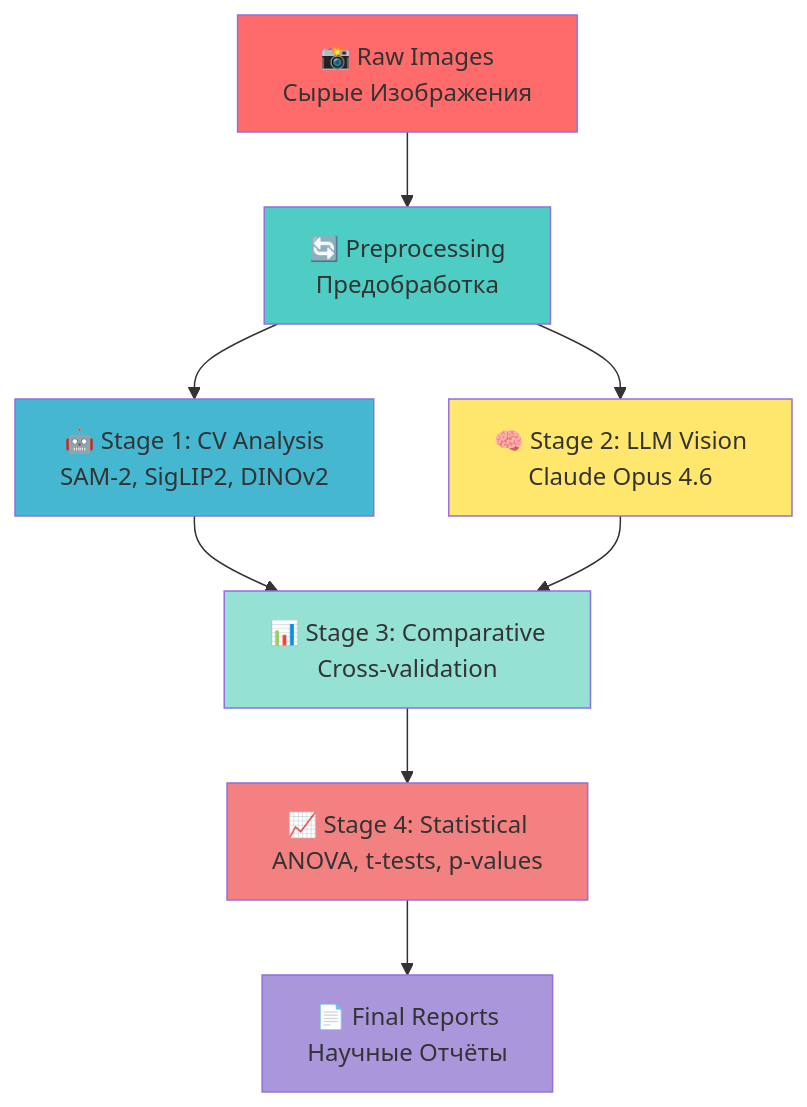
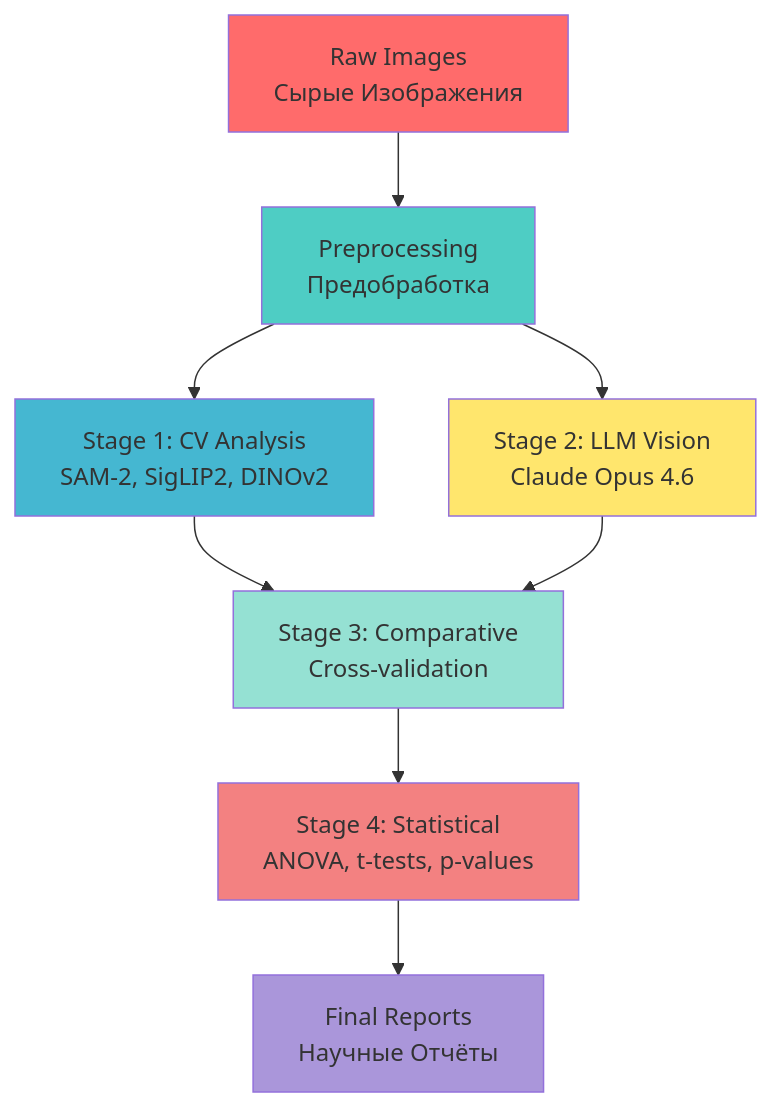
Before and after one commit to AdvancedScientificResearchProjects/Hyperbolic_Field_BloodPlasma_Study: the fifth of 6 diagrams in ADVANCED_SCIENTIFIC_RESEARCH_PROJECTS/Hyperbolic_Field_BloodPlasma_Study/README.md, drawn with Mermaid. The commit also changed other lines of this file and 46 other files, not shown here.

````diff
--- a/ADVANCED_SCIENTIFIC_RESEARCH_PROJECTS/Hyperbolic_Field_BloodPlasma_Study/README.md
+++ b/ADVANCED_SCIENTIFIC_RESEARCH_PROJECTS/Hyperbolic_Field_BloodPlasma_Study/README.md
@@ -272,18 +272,18 @@
 ```mermaid
 flowchart TD
-    A[📸 Raw Images<br/>Сырые Изображения] --> B[🔄 Preprocessing<br/>Предобработка]
-    B --> C[🤖 Stage 1: CV Analysis<br/>SAM-2, SigLIP2, DINOv2]
-    B --> D[🧠 Stage 2: LLM Vision<br/>Claude Opus 4.6]
-    C --> E[📊 Stage 3: Comparative<br/>Cross-validation]
+    A[ Raw Images<br/>Сырые Изображения] --> B[ Preprocessing<br/>Предобработка]
+    B --> C[ Stage 1: CV Analysis<br/>SAM-2, SigLIP2, DINOv2]
+    B --> D[ Stage 2: LLM Vision<br/>Claude Opus 4.6]
+    C --> E[ Stage 3: Comparative<br/>Cross-validation]
     D --> E
-    E --> F[📈 Stage 4: Statistical<br/>ANOVA, t-tests, p-values]
-    F --> G[📄 Final Reports<br/>Научные Отчёты]
+    E --> F[ Stage 4: Statistical<br/>ANOVA, t-tests, p-values]
+    F --> G[ Final Reports<br/>Научные Отчёты]
     
     style A fill:#ff6b6b
     style B fill:#4ecdc4
     style C fill:#45b7d1
     style D fill:#ffe66d
     style E fill:#95e1d3
     style F fill:#f38181
     style G fill:#aa96da
 ```
````
